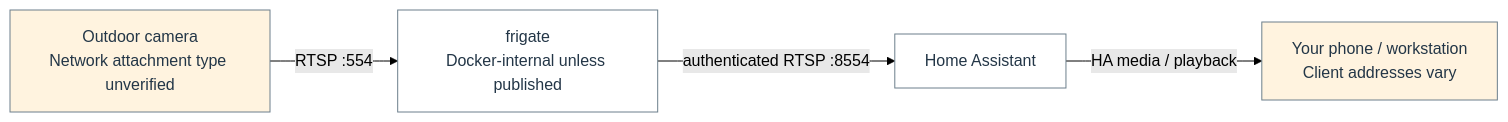
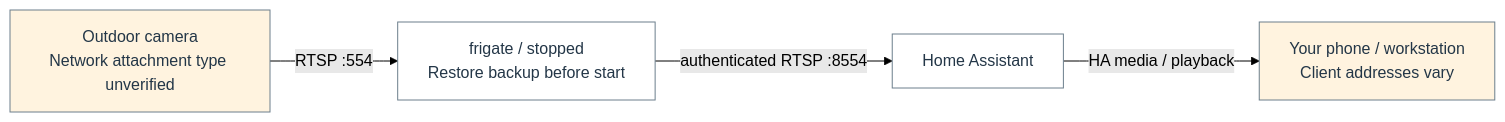
Before and after one commit to Harsh-2002/Homelab: the diagram in docs/architecture/flow-10.mmd, drawn with Mermaid (forest theme). The commit also changed 77 other files, not shown here.

```diff
--- a/docs/architecture/flow-10.mmd
+++ b/docs/architecture/flow-10.mmd
@@ -1,12 +1,12 @@
 flowchart LR
   n_flow_10_0["Outdoor camera<br/>Network attachment type unverified"]
-  n_flow_10_1["frigate<br/>Docker-internal unless published"]
+  n_flow_10_1["frigate / stopped<br/>Restore backup before start"]
   n_flow_10_2["Home Assistant"]
   n_flow_10_3["Your phone / workstation<br/>Client addresses vary"]
   n_flow_10_0 -->|"RTSP :554"| n_flow_10_1
   n_flow_10_1 -->|"authenticated RTSP :8554"| n_flow_10_2
   n_flow_10_2 -->|"HA media / playback"| n_flow_10_3
   classDef c_flow_10_0 fill:#fff3df,stroke:#6c7f8c,color:#233647;
   class n_flow_10_0,n_flow_10_3 c_flow_10_0;
   classDef c_flow_10_1 fill:#ffffff,stroke:#6c7f8c,color:#233647;
   class n_flow_10_1,n_flow_10_2 c_flow_10_1;
```
